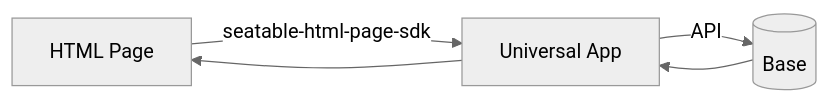
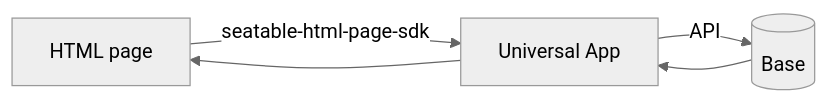
Before and after one commit to seatable/seatable-developer-docs: the diagram in docs/html-pages/index.md, drawn with Mermaid (neutral theme). The commit also changed other lines of this file and 8 other files, not shown here.

````diff
--- a/docs/html-pages/index.md
+++ b/docs/html-pages/index.md
@@ -17,7 +17,7 @@
 ```mermaid
 flowchart LR
-    A[HTML Page] -->|seatable-html-page-sdk| B[Universal App]
+    A[HTML page] -->|seatable-html-page-sdk| B[Universal App]
     B -->|API| C[(Base)]
     C --> B
     B --> A
 ```
````
